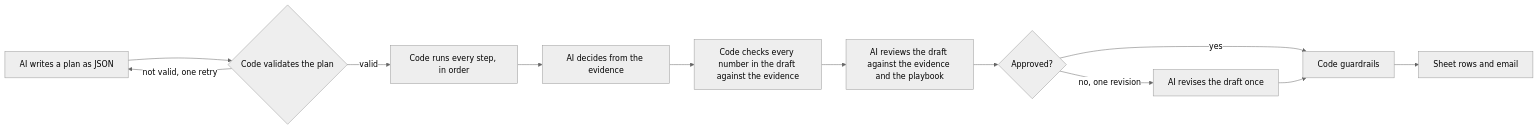
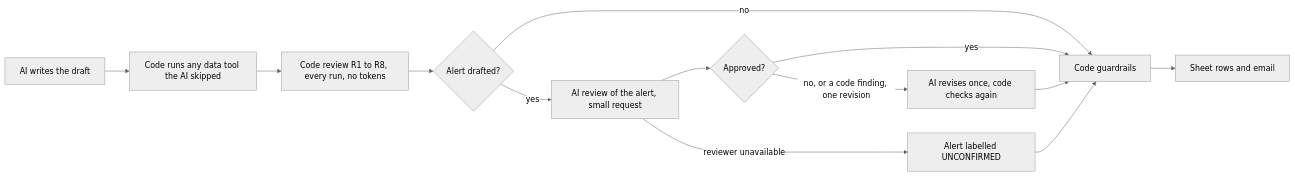
Before and after one commit to rizwana-qa/crypto-watch-agent: the third of 3 diagrams in README.md, drawn with Mermaid (neutral theme). The commit also changed other lines of this file, not shown here.

First line of the commit message:
README: review stage always runs, R1 to R8, UNCONFIRMED, Ask reason codes, data direction and operating advice, Sheet check, corrected counts and run facts

````diff
--- a/README.md
+++ b/README.md
@@ -157,14 +157,14 @@
 ```mermaid
 flowchart LR
-    P[AI writes a plan as JSON] --> V{Code validates the plan}
-    V -- not valid, one retry --> P
-    V -- valid --> R[Code runs every step, in order]
-    R --> D[AI decides from the evidence]
-    D --> N[Code checks every number in the draft against the evidence]
-    N --> RV[AI reviews the draft against the evidence and the playbook]
-    RV --> Q{Approved?}
-    Q -- yes --> G[Code guardrails]
-    Q -- no, one revision --> D2[AI revises the draft once]
+    D[AI writes the draft] --> E[Code runs any data tool the AI skipped]
+    E --> C[Code review R1 to R8, every run, no tokens]
+    C --> F{Alert drafted?}
+    F -- no --> G[Code guardrails]
+    F -- yes --> A[AI review of the alert, small request]
+    A --> Q{Approved?}
+    Q -- yes --> G
+    Q -- no, or a code finding, one revision --> D2[AI revises once, code checks again]
     D2 --> G
+    A -- reviewer unavailable --> U[Alert labelled UNCONFIRMED] --> G
     G --> O[Sheet rows and email]
 ```
````
